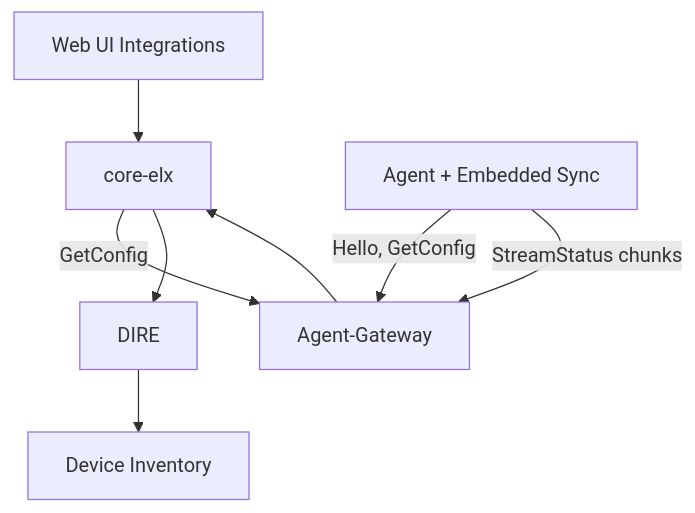
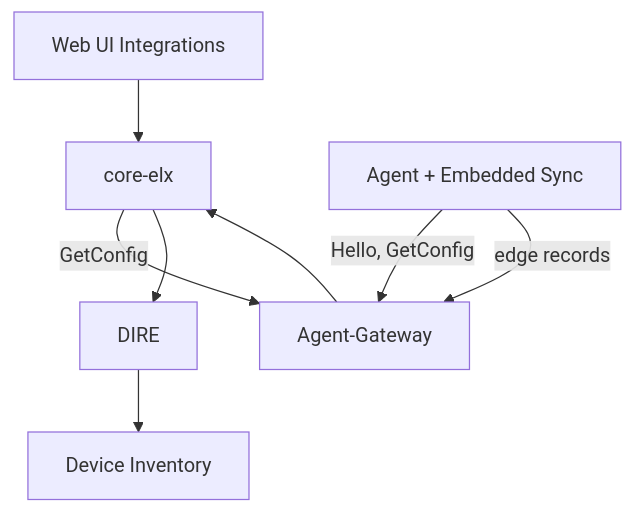
One commit to carverauto/serviceradar changed the diagram in docs/docs/sync.md. Above: the diagram before and after it, drawn with Mermaid. The commit also changed other lines of this file and 80 other files, not shown here.

````diff
--- a/docs/docs/sync.md
+++ b/docs/docs/sync.md
@@ -18,12 +19,12 @@
 ```mermaid
 graph TD
     UI["Web UI Integrations"] --> Core["core-elx"]
     Core -->|GetConfig| Gateway["Agent-Gateway"]
 
     Agent["Agent + Embedded Sync"] -->|Hello, GetConfig| Gateway
-    Agent -->|StreamStatus chunks| Gateway
+    Agent -->|edge records| Gateway
 
     Gateway --> Core
     Core --> DIRE["DIRE"]
     DIRE --> Inventory["Device Inventory"]
 ```
````
